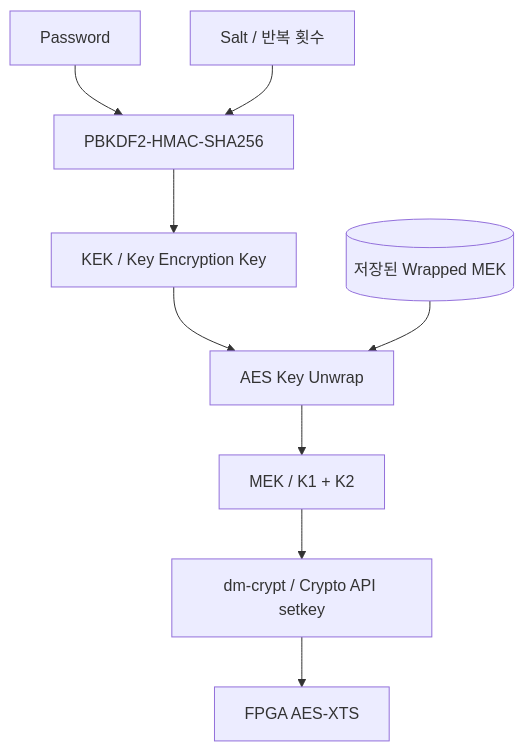
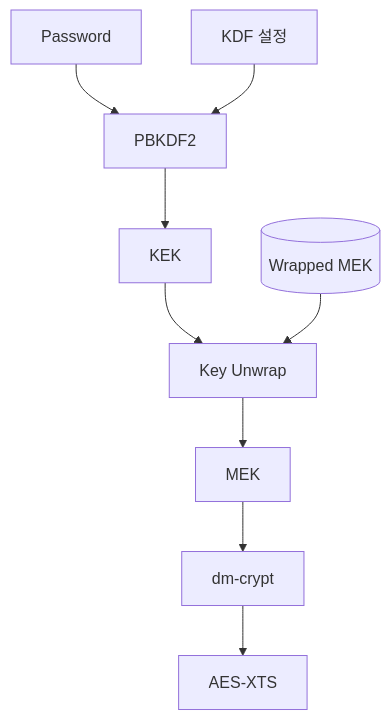
Before and after one commit to twotwoship/Assignment_Collection: the third of 4 diagrams in fpga_base_secure_storage_controller_datapath_proto/README.md, drawn with Mermaid. The commit also changed other lines of this file, not shown here.

````diff
--- a/fpga_base_secure_storage_controller_datapath_proto/README.md
+++ b/fpga_base_secure_storage_controller_datapath_proto/README.md
@@ -260,18 +313,18 @@
 ```mermaid
 flowchart TB
     PASS["Password"]
-    PARAM["Salt / 반복 횟수"]
-    KDF["PBKDF2-HMAC-SHA256"]
-    KEK["KEK / Key Encryption Key"]
-    WRAPPED[("저장된 Wrapped MEK")]
-    UNWRAP["AES Key Unwrap"]
-    MEK["MEK / K1 + K2"]
-    DM["dm-crypt / Crypto API setkey"]
-    FPGA["FPGA AES-XTS"]
+    PARAM["KDF 설정"]
+    KDF["PBKDF2"]
+    KEK["KEK"]
+    WRAPPED[("Wrapped MEK")]
+    UNWRAP["Key Unwrap"]
+    MEK["MEK"]
+    DM["dm-crypt"]
+    FPGA["AES-XTS"]
     PASS --> KDF
     PARAM --> KDF
     KDF --> KEK
     KEK --> UNWRAP
     WRAPPED --> UNWRAP
     UNWRAP --> MEK --> DM --> FPGA
 ```
````
